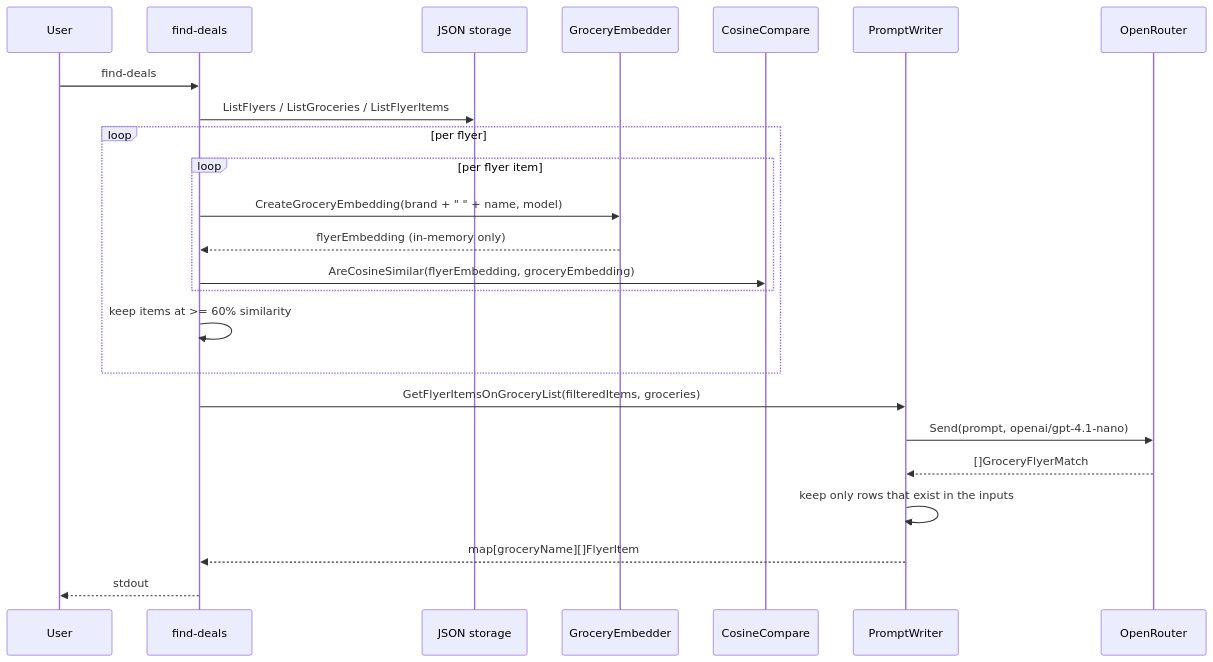
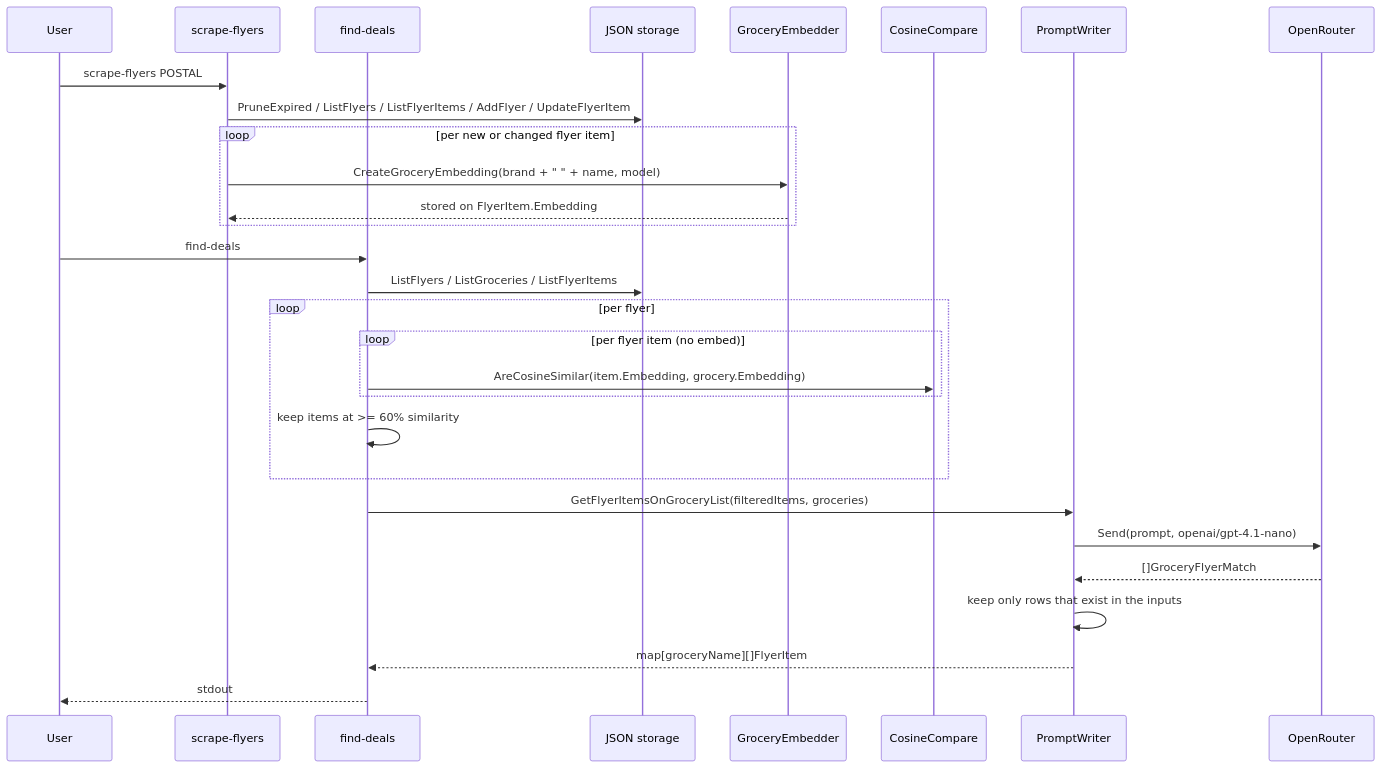
Before and after one commit to bensoer/stfg: the second of 2 diagrams in docs/ARCHITECTURE.md, drawn with Mermaid. The commit also changed other lines of this file and 4 other files, not shown here.

Commit message:
docs: record flyer embeddings stored at scrape time

````diff
--- a/docs/ARCHITECTURE.md
+++ b/docs/ARCHITECTURE.md
@@ -80,26 +82,31 @@
 ```mermaid
 sequenceDiagram
     participant User
+    participant Scrape as scrape-flyers
     participant Find as find-deals
     participant Store as JSON storage
     participant Embed as GroceryEmbedder
     participant Compare as CosineCompare
     participant Writer as PromptWriter
     participant LLM as OpenRouter
+    User->>Scrape: scrape-flyers POSTAL
+    Scrape->>Store: PruneExpired / ListFlyers / ListFlyerItems / AddFlyer / UpdateFlyerItem
+    loop per new or changed flyer item
+        Scrape->>Embed: CreateGroceryEmbedding(brand + " " + name, model)
+        Embed-->>Scrape: stored on FlyerItem.Embedding
+    end
     User->>Find: find-deals
     Find->>Store: ListFlyers / ListGroceries / ListFlyerItems
     loop per flyer
-        loop per flyer item
-            Find->>Embed: CreateGroceryEmbedding(brand + " " + name, model)
-            Embed-->>Find: flyerEmbedding (in-memory only)
-            Find->>Compare: AreCosineSimilar(flyerEmbedding, groceryEmbedding)
+        loop per flyer item (no embed)
+            Find->>Compare: AreCosineSimilar(item.Embedding, grocery.Embedding)
         end
         Find->>Find: keep items at >= 60% similarity
     end
     Find->>Writer: GetFlyerItemsOnGroceryList(filteredItems, groceries)
     Writer->>LLM: Send(prompt, openai/gpt-4.1-nano)
     LLM-->>Writer: []GroceryFlyerMatch
     Writer->>Writer: keep only rows that exist in the inputs
     Writer-->>Find: map[groceryName][]FlyerItem
     Find-->>User: stdout
 ```
````
